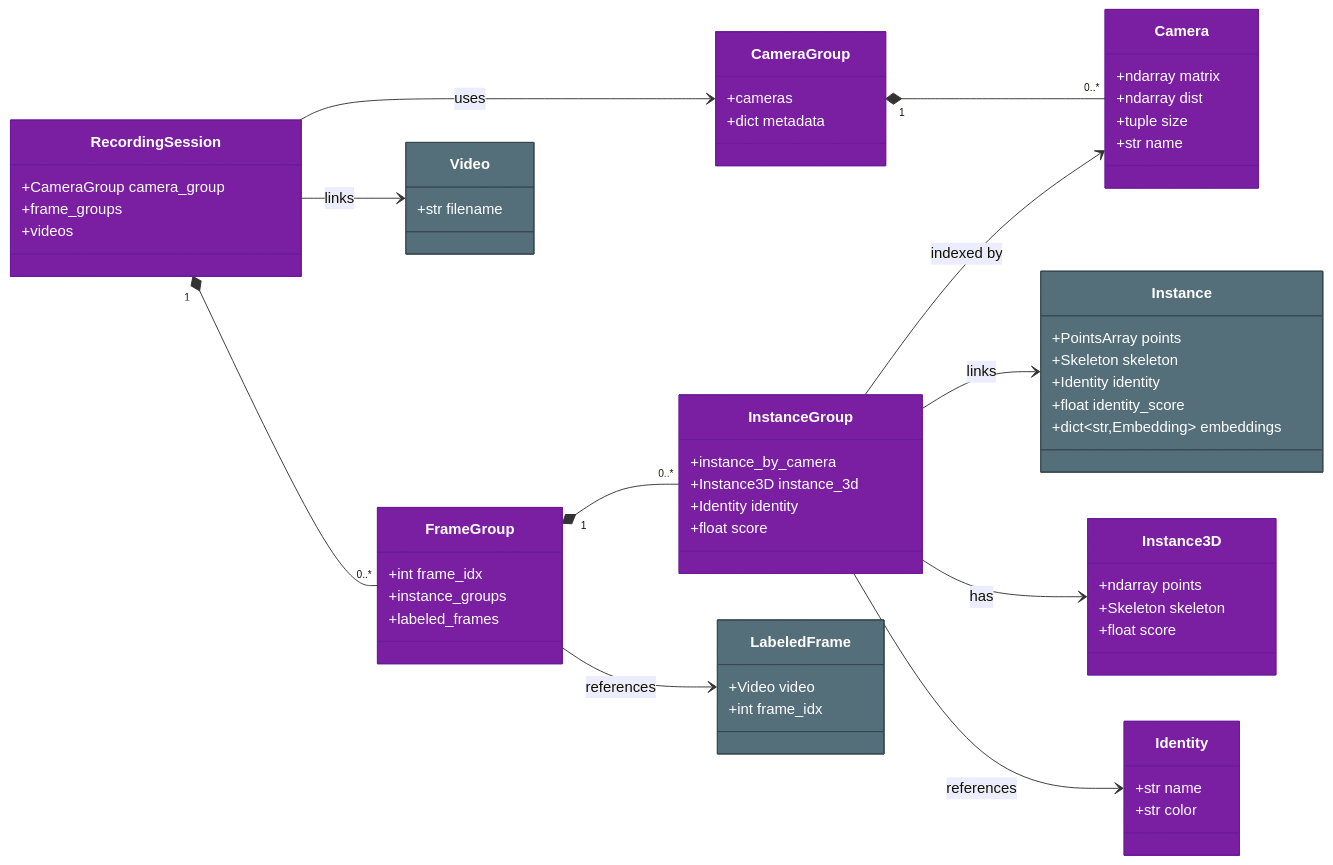
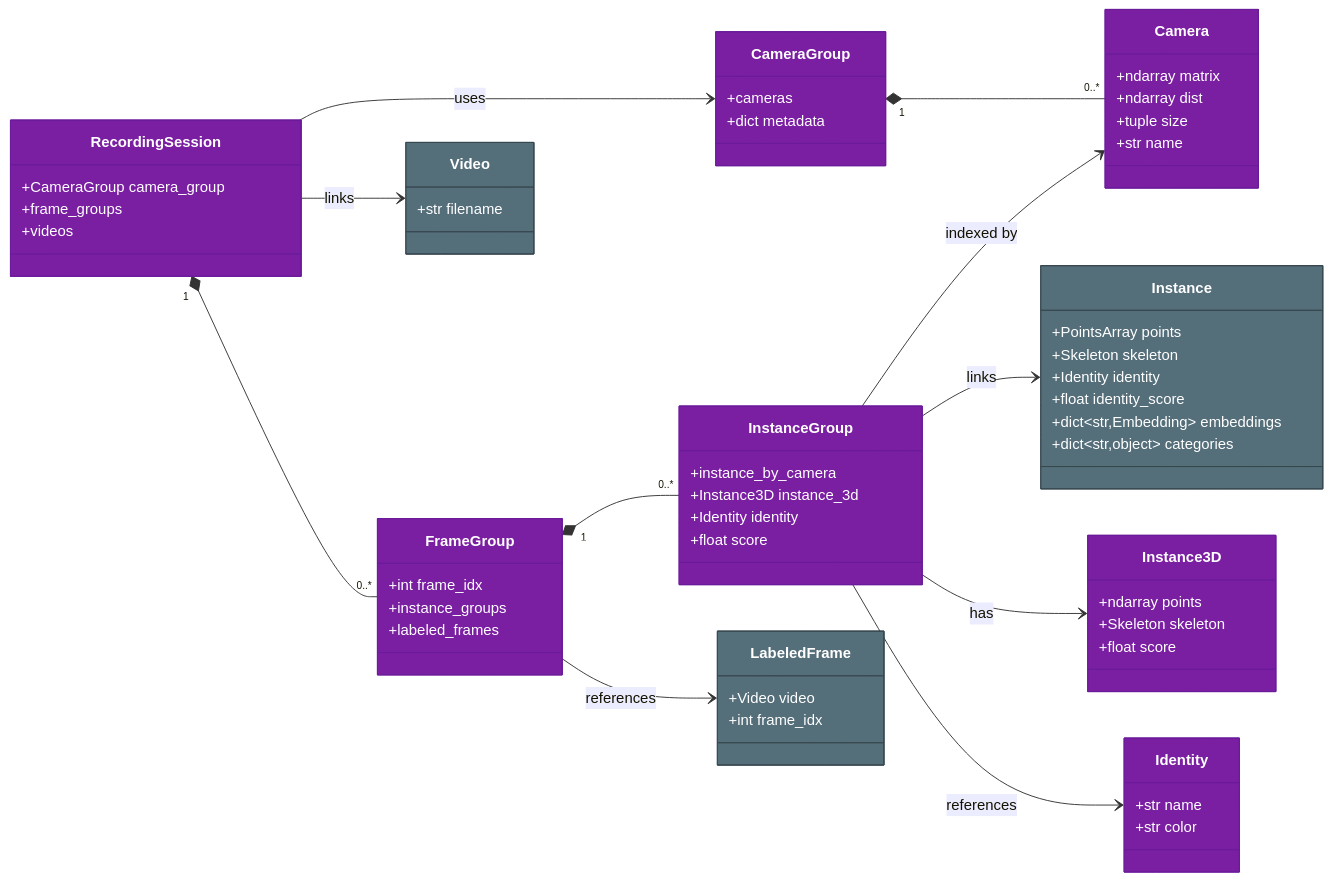
Before and after one commit to talmolab/sleap-io: the diagram in docs/model/3d.md, drawn with Mermaid. The commit also changed other lines of this file and 9 other files, not shown here.

````diff
--- a/docs/model/3d.md
+++ b/docs/model/3d.md
@@ -259,70 +260,71 @@
 ``` mermaid
 classDiagram
     direction LR
 
     class CameraGroup:::threed {
         +cameras
         +dict metadata
     }
     class Camera:::threed {
         +ndarray matrix
         +ndarray dist
         +tuple size
         +str name
     }
     class RecordingSession:::threed {
         +CameraGroup camera_group
         +frame_groups
         +videos
     }
     class FrameGroup:::threed {
         +int frame_idx
         +instance_groups
         +labeled_frames
     }
     class InstanceGroup:::threed {
         +instance_by_camera
         +Instance3D instance_3d
         +Identity identity
         +float score
     }
     class Video:::core {
         +str filename
     }
     class LabeledFrame:::core {
         +Video video
         +int frame_idx
     }
     class Instance:::core {
         +PointsArray points
         +Skeleton skeleton
         +Identity identity
         +float identity_score
         +dict~str,Embedding~ embeddings
+        +dict~str,object~ categories
     }
     class Identity:::threed {
         +str name
         +str color
     }
     class Instance3D:::threed {
         +ndarray points
         +Skeleton skeleton
         +float score
     }
 
     CameraGroup "1" *-- "0..*" Camera
     RecordingSession --> CameraGroup : uses
     RecordingSession "1" *-- "0..*" FrameGroup
     RecordingSession --> Video : links
 
     FrameGroup "1" *-- "0..*" InstanceGroup
     FrameGroup --> LabeledFrame : references
 
     InstanceGroup --> Instance : links
     InstanceGroup --> Camera : indexed by
     InstanceGroup --> Instance3D : has
     InstanceGroup --> Identity : references
 
     classDef threed fill:#7b1fa2,stroke:#6a1b9a,color:#fff
     classDef core fill:#546e7a,stroke:#37474f,color:#fff
 ```
````
